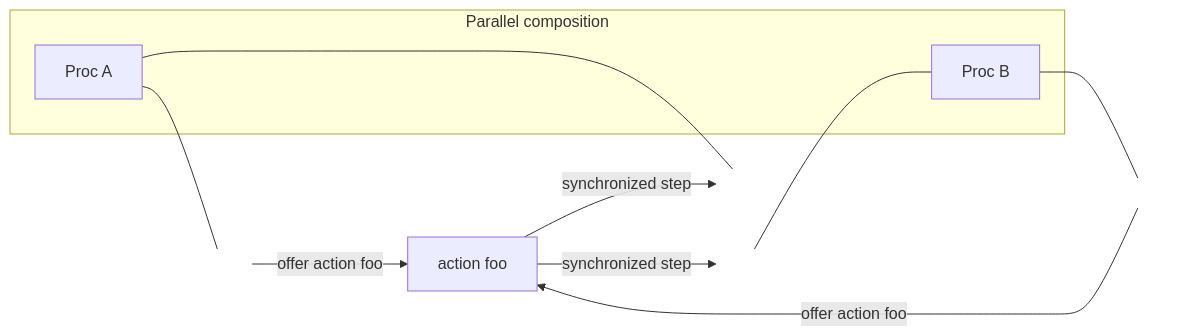
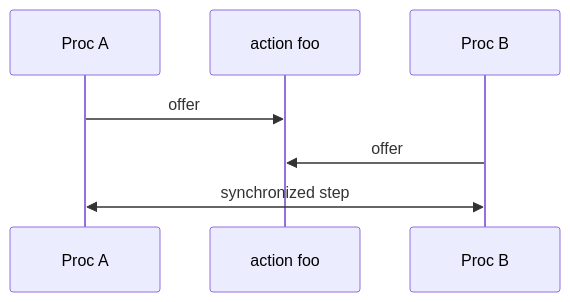
Before and after one commit to iandardik/Julang: the diagram in docs/language/README.md, drawn with Mermaid.

Commit message:
Fixing the sync diagram again

````diff
--- a/docs/language/README.md
+++ b/docs/language/README.md
@@ -20,18 +20,9 @@
 ```mermaid
-flowchart LR
-  subgraph peers [Parallel composition]
-    A[Proc A]
-    B[Proc B]
-  end
-  Foo[action foo]
-  A --- OfferA[ ]
-  OfferA -->|"offer action foo"| Foo
-  Foo -->|"synchronized step"| SyncA[ ]
-  SyncA --- A
-  B --- OfferB[ ]
-  OfferB -->|"offer action foo"| Foo
-  Foo -->|"synchronized step"| SyncB[ ]
-  SyncB --- B
-  classDef hidden fill:transparent,stroke:transparent,color:transparent,stroke-width:0
-  class OfferA,SyncA,OfferB,SyncB hidden
+sequenceDiagram
+  participant A as Proc A
+  participant Foo as action foo
+  participant B as Proc B
+  A->>Foo: offer
+  B->>Foo: offer
+  A<<->>B: synchronized step
 ```
````
